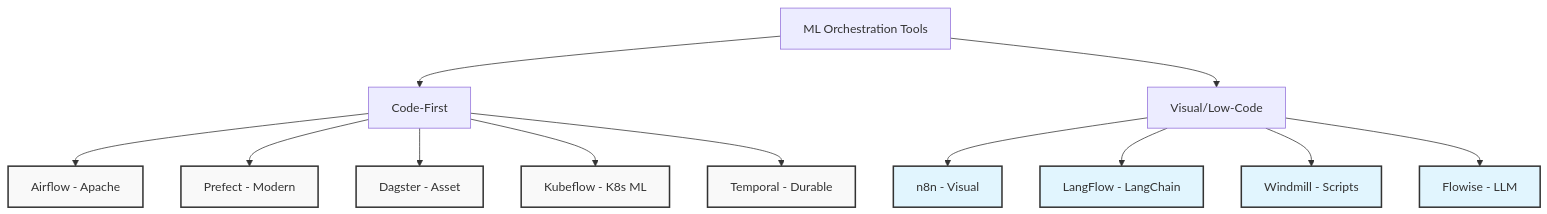
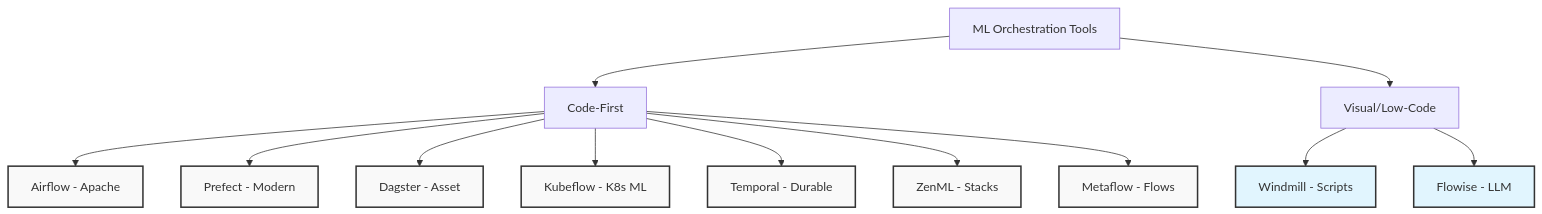
The first of 6 diagrams in src/content/docs/ai-ml-engineering/mlops/module-1.8-ml-pipelines.md (kube-dojo/kube-dojo), drawn with Mermaid before and after one commit. The commit also changed other lines of this file and 3 other files, not shown here.

````diff
--- a/src/content/docs/ai-ml-engineering/mlops/module-1.8-ml-pipelines.md
+++ b/src/content/docs/ai-ml-engineering/mlops/module-1.8-ml-pipelines.md
@@ -151,19 +204,19 @@
 ```mermaid
 graph TD
     classDef code fill:#f9f9f9,stroke:#333,stroke-width:2px;
     classDef visual fill:#e1f5fe,stroke:#333,stroke-width:2px;
 
     Tools[ML Orchestration Tools] --> CodeFirst[Code-First]
     Tools --> VisualLowCode[Visual/Low-Code]
 
     CodeFirst --> Airflow[Airflow - Apache]:::code
     CodeFirst --> Prefect[Prefect - Modern]:::code
     CodeFirst --> Dagster[Dagster - Asset]:::code
     CodeFirst --> Kubeflow[Kubeflow - K8s ML]:::code
     CodeFirst --> Temporal[Temporal - Durable]:::code
+    CodeFirst --> ZenML[ZenML - Stacks]:::code
+    CodeFirst --> Metaflow[Metaflow - Flows]:::code
 
-    VisualLowCode --> n8n[n8n - Visual]:::visual
-    VisualLowCode --> LangFlow[LangFlow - LangChain]:::visual
     VisualLowCode --> Windmill[Windmill - Scripts]:::visual
     VisualLowCode --> Flowise[Flowise - LLM]:::visual
 ```
````
